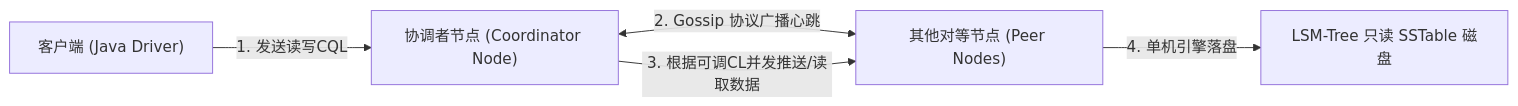
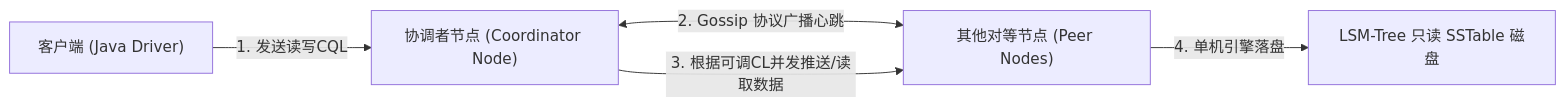
The third of 8 diagrams in docs/atlas/cassandra.mdx (koosai/AI-Architect-Learning), drawn with Mermaid before and after one commit. The commit also changed other lines of this file and 68 other files, not shown here.

Commit message:
fix(atlas): fix browser client-side Mermaid rendering for mindmaps and flowcharts across 67 case studies

````diff
--- a/docs/atlas/cassandra.mdx
+++ b/docs/atlas/cassandra.mdx
@@ -111,7 +111,7 @@
 ```mermaid
 graph LR
   Client["客户端 (Java Driver)"] -->|1. 发送读写CQL| Coord_Node["协调者节点 (Coordinator Node)"]
-  Coord_Node <-->|2. Gossip 协议广播心跳| Peer_Nodes["其他对等节点 (Peer Nodes)"]
+  Coord_Node <--->|2. Gossip 协议广播心跳| Peer_Nodes["其他对等节点 (Peer Nodes)"]
   Coord_Node -->|3. 根据可调CL并发推送/读取数据| Peer_Nodes
   Peer_Nodes -->|4. 单机引擎落盘| SSTable_Store["LSM-Tree 只读 SSTable 磁盘"]
 ```
````
